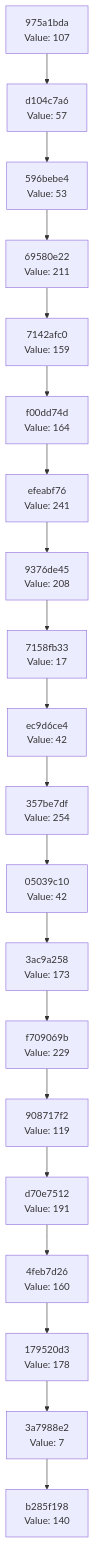
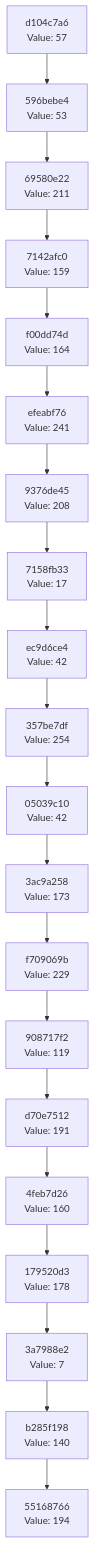
Before and after one commit to Abhisheksinha1506/hash-chain-evolver: the diagram in docs/CHAIN_VISUALIZATION.md, drawn with Mermaid. The commit also changed 3 other files, not shown here.

````diff
--- a/docs/CHAIN_VISUALIZATION.md
+++ b/docs/CHAIN_VISUALIZATION.md
@@ -3,42 +3,42 @@
 ```mermaid
 graph TD
-    C0["b285f198<br/>Value: 140"]
-    C1["3a7988e2<br/>Value: 7"]
+    C0["55168766<br/>Value: 194"]
+    C1["b285f198<br/>Value: 140"]
     C1 --> C0
-    C2["179520d3<br/>Value: 178"]
+    C2["3a7988e2<br/>Value: 7"]
     C2 --> C1
-    C3["4feb7d26<br/>Value: 160"]
+    C3["179520d3<br/>Value: 178"]
     C3 --> C2
-    C4["d70e7512<br/>Value: 191"]
+    C4["4feb7d26<br/>Value: 160"]
     C4 --> C3
-    C5["908717f2<br/>Value: 119"]
+    C5["d70e7512<br/>Value: 191"]
     C5 --> C4
-    C6["f709069b<br/>Value: 229"]
+    C6["908717f2<br/>Value: 119"]
     C6 --> C5
-    C7["3ac9a258<br/>Value: 173"]
+    C7["f709069b<br/>Value: 229"]
     C7 --> C6
-    C8["05039c10<br/>Value: 42"]
+    C8["3ac9a258<br/>Value: 173"]
     C8 --> C7
-    C9["357be7df<br/>Value: 254"]
+    C9["05039c10<br/>Value: 42"]
     C9 --> C8
-    C10["ec9d6ce4<br/>Value: 42"]
+    C10["357be7df<br/>Value: 254"]
     C10 --> C9
-    C11["7158fb33<br/>Value: 17"]
+    C11["ec9d6ce4<br/>Value: 42"]
     C11 --> C10
-    C12["9376de45<br/>Value: 208"]
+    C12["7158fb33<br/>Value: 17"]
     C12 --> C11
-    C13["efeabf76<br/>Value: 241"]
+    C13["9376de45<br/>Value: 208"]
     C13 --> C12
-    C14["f00dd74d<br/>Value: 164"]
+    C14["efeabf76<br/>Value: 241"]
     C14 --> C13
-    C15["7142afc0<br/>Value: 159"]
+    C15["f00dd74d<br/>Value: 164"]
     C15 --> C14
-    C16["69580e22<br/>Value: 211"]
+    C16["7142afc0<br/>Value: 159"]
     C16 --> C15
-    C17["596bebe4<br/>Value: 53"]
+    C17["69580e22<br/>Value: 211"]
     C17 --> C16
-    C18["d104c7a6<br/>Value: 57"]
+    C18["596bebe4<br/>Value: 53"]
     C18 --> C17
-    C19["975a1bda<br/>Value: 107"]
+    C19["d104c7a6<br/>Value: 57"]
     C19 --> C18
 ```
````
